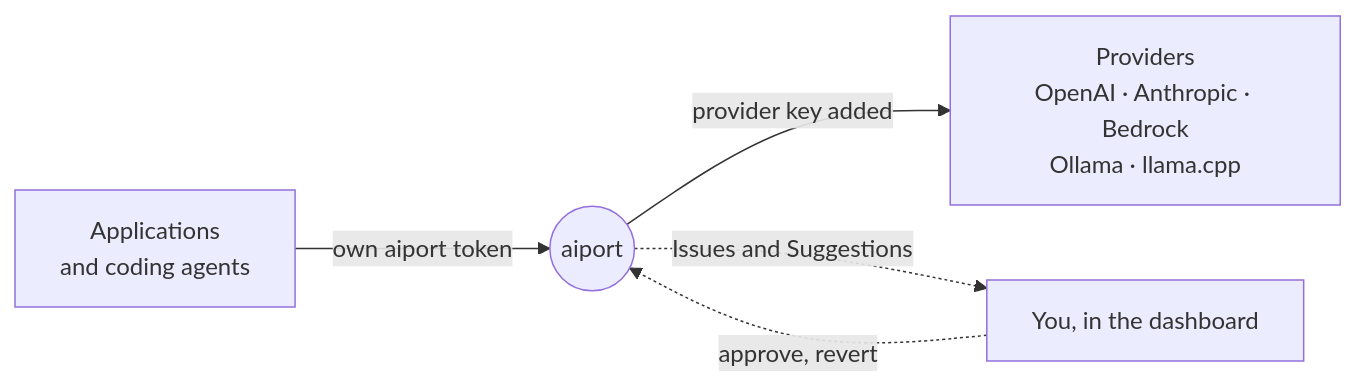
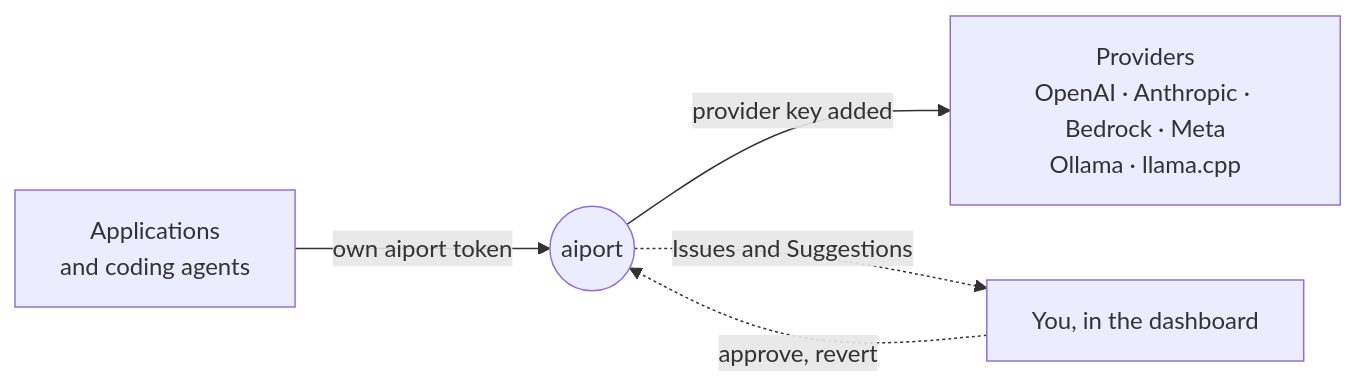
The diagram in README.md (harelix/aiport), drawn with Mermaid before and after one commit. The commit also changed other lines of this file and 2 other files, not shown here.

````diff
--- a/README.md
+++ b/README.md
@@ -41,7 +42,7 @@
 ```mermaid
 flowchart LR
   A["Applications<br/>and coding agents"] -- "own aiport token" --> G(("aiport"))
-  G -- "provider key added" --> P["Providers<br/>OpenAI · Anthropic · Bedrock<br/>Ollama · llama.cpp"]
+  G -- "provider key added" --> P["Providers<br/>OpenAI · Anthropic · Bedrock · Meta<br/>Ollama · llama.cpp"]
   G -. "Issues and Suggestions" .-> O["You, in the dashboard"]
   O -. "approve, revert" .-> G
 ```
````
